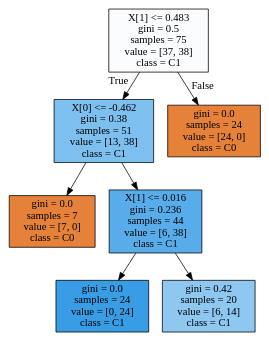
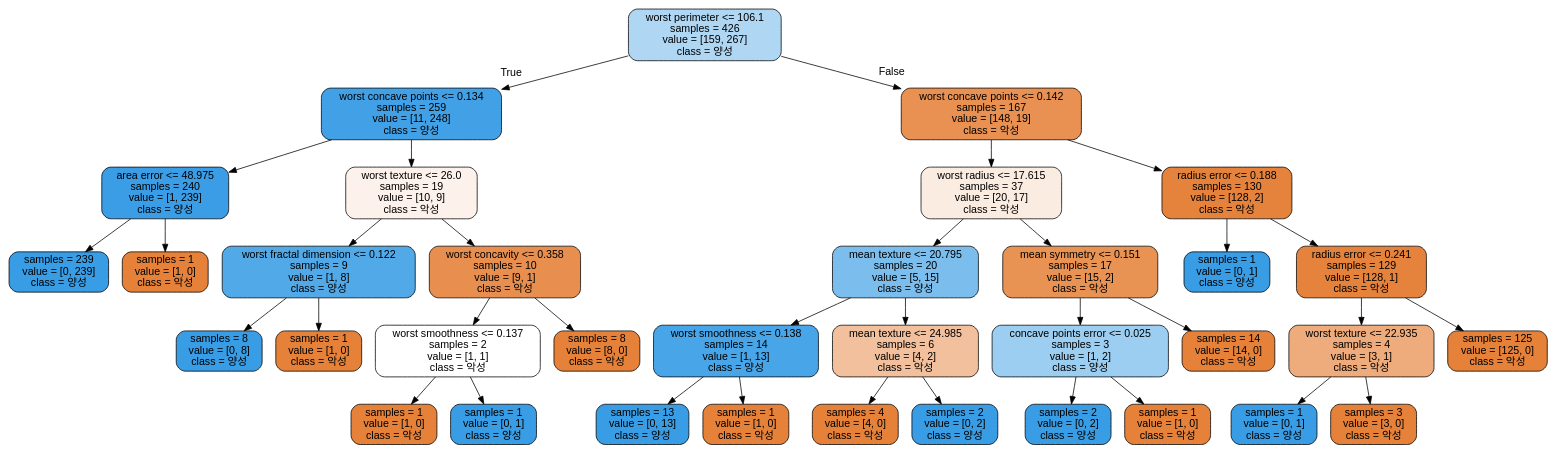
Before and after one commit to Lagom92/study-in-school: the diagram in ML/tree.dot, drawn with Graphviz.

Commit message:
Add tree

```diff
--- a/ML/tree.dot
+++ b/ML/tree.dot
@@ -1,16 +1,73 @@
 digraph Tree {
-node [shape=box, style="filled", color="black"] ;
-0 [label="X[1] <= 0.483\ngini = 0.5\nsamples = 75\nvalue = [37, 38]\nclass = C1", fillcolor="#fafcfe"] ;
-1 [label="X[0] <= -0.462\ngini = 0.38\nsamples = 51\nvalue = [13, 38]\nclass = C1", fillcolor="#7dbfee"] ;
+node [shape=box, style="filled, rounded", color="black", fontname=helvetica] ;
+edge [fontname=helvetica] ;
+0 [label="worst perimeter <= 106.1\nsamples = 426\nvalue = [159, 267]\nclass = 양성", fillcolor="#afd7f4"] ;
+1 [label="worst concave points <= 0.134\nsamples = 259\nvalue = [11, 248]\nclass = 양성", fillcolor="#42a1e6"] ;
 0 -> 1 [labeldistance=2.5, labelangle=45, headlabel="True"] ;
-2 [label="gini = 0.0\nsamples = 7\nvalue = [7, 0]\nclass = C0", fillcolor="#e58139"] ;
+2 [label="area error <= 48.975\nsamples = 240\nvalue = [1, 239]\nclass = 양성", fillcolor="#3a9de5"] ;
 1 -> 2 ;
-3 [label="X[1] <= 0.016\ngini = 0.236\nsamples = 44\nvalue = [6, 38]\nclass = C1", fillcolor="#58ace9"] ;
-1 -> 3 ;
-4 [label="gini = 0.0\nsamples = 24\nvalue = [0, 24]\nclass = C1", fillcolor="#399de5"] ;
-3 -> 4 ;
-5 [label="gini = 0.42\nsamples = 20\nvalue = [6, 14]\nclass = C1", fillcolor="#8ec7f0"] ;
-3 -> 5 ;
-6 [label="gini = 0.0\nsamples = 24\nvalue = [24, 0]\nclass = C0", fillcolor="#e58139"] ;
-0 -> 6 [labeldistance=2.5, labelangle=-45, headlabel="False"] ;
+3 [label="samples = 239\nvalue = [0, 239]\nclass = 양성", fillcolor="#399de5"] ;
+2 -> 3 ;
+4 [label="samples = 1\nvalue = [1, 0]\nclass = 악성", fillcolor="#e58139"] ;
+2 -> 4 ;
+5 [label="worst texture <= 26.0\nsamples = 19\nvalue = [10, 9]\nclass = 악성", fillcolor="#fcf2eb"] ;
+1 -> 5 ;
+6 [label="worst fractal dimension <= 0.122\nsamples = 9\nvalue = [1, 8]\nclass = 양성", fillcolor="#52a9e8"] ;
+5 -> 6 ;
+7 [label="samples = 8\nvalue = [0, 8]\nclass = 양성", fillcolor="#399de5"] ;
+6 -> 7 ;
+8 [label="samples = 1\nvalue = [1, 0]\nclass = 악성", fillcolor="#e58139"] ;
+6 -> 8 ;
+9 [label="worst concavity <= 0.358\nsamples = 10\nvalue = [9, 1]\nclass = 악성", fillcolor="#e88f4f"] ;
+5 -> 9 ;
+10 [label="worst smoothness <= 0.137\nsamples = 2\nvalue = [1, 1]\nclass = 악성", fillcolor="#ffffff"] ;
+9 -> 10 ;
+11 [label="samples = 1\nvalue = [1, 0]\nclass = 악성", fillcolor="#e58139"] ;
+10 -> 11 ;
+12 [label="samples = 1\nvalue = [0, 1]\nclass = 양성", fillcolor="#399de5"] ;
+10 -> 12 ;
+13 [label="samples = 8\nvalue = [8, 0]\nclass = 악성", fillcolor="#e58139"] ;
+9 -> 13 ;
+14 [label="worst concave points <= 0.142\nsamples = 167\nvalue = [148, 19]\nclass = 악성", fillcolor="#e89152"] ;
+0 -> 14 [labeldistance=2.5, labelangle=-45, headlabel="False"] ;
+15 [label="worst radius <= 17.615\nsamples = 37\nvalue = [20, 17]\nclass = 악성", fillcolor="#fbece1"] ;
+14 -> 15 ;
+16 [label="mean texture <= 20.795\nsamples = 20\nvalue = [5, 15]\nclass = 양성", fillcolor="#7bbeee"] ;
+15 -> 16 ;
+17 [label="worst smoothness <= 0.138\nsamples = 14\nvalue = [1, 13]\nclass = 양성", fillcolor="#48a5e7"] ;
+16 -> 17 ;
+18 [label="samples = 13\nvalue = [0, 13]\nclass = 양성", fillcolor="#399de5"] ;
+17 -> 18 ;
+19 [label="samples = 1\nvalue = [1, 0]\nclass = 악성", fillcolor="#e58139"] ;
+17 -> 19 ;
+20 [label="mean texture <= 24.985\nsamples = 6\nvalue = [4, 2]\nclass = 악성", fillcolor="#f2c09c"] ;
+16 -> 20 ;
+21 [label="samples = 4\nvalue = [4, 0]\nclass = 악성", fillcolor="#e58139"] ;
+20 -> 21 ;
+22 [label="samples = 2\nvalue = [0, 2]\nclass = 양성", fillcolor="#399de5"] ;
+20 -> 22 ;
+23 [label="mean symmetry <= 0.151\nsamples = 17\nvalue = [15, 2]\nclass = 악성", fillcolor="#e89253"] ;
+15 -> 23 ;
+24 [label="concave points error <= 0.025\nsamples = 3\nvalue = [1, 2]\nclass = 양성", fillcolor="#9ccef2"] ;
+23 -> 24 ;
+25 [label="samples = 2\nvalue = [0, 2]\nclass = 양성", fillcolor="#399de5"] ;
+24 -> 25 ;
+26 [label="samples = 1\nvalue = [1, 0]\nclass = 악성", fillcolor="#e58139"] ;
+24 -> 26 ;
+27 [label="samples = 14\nvalue = [14, 0]\nclass = 악성", fillcolor="#e58139"] ;
+23 -> 27 ;
+28 [label="radius error <= 0.188\nsamples = 130\nvalue = [128, 2]\nclass = 악성", fillcolor="#e5833c"] ;
+14 -> 28 ;
+29 [label="samples = 1\nvalue = [0, 1]\nclass = 양성", fillcolor="#399de5"] ;
+28 -> 29 ;
+30 [label="radius error <= 0.241\nsamples = 129\nvalue = [128, 1]\nclass = 악성", fillcolor="#e5823b"] ;
+28 -> 30 ;
+31 [label="worst texture <= 22.935\nsamples = 4\nvalue = [3, 1]\nclass = 악성", fillcolor="#eeab7b"] ;
+30 -> 31 ;
+32 [label="samples = 1\nvalue = [0, 1]\nclass = 양성", fillcolor="#399de5"] ;
+31 -> 32 ;
+33 [label="samples = 3\nvalue = [3, 0]\nclass = 악성", fillcolor="#e58139"] ;
+31 -> 33 ;
+34 [label="samples = 125\nvalue = [125, 0]\nclass = 악성", fillcolor="#e58139"] ;
+30 -> 34 ;
 }
```
